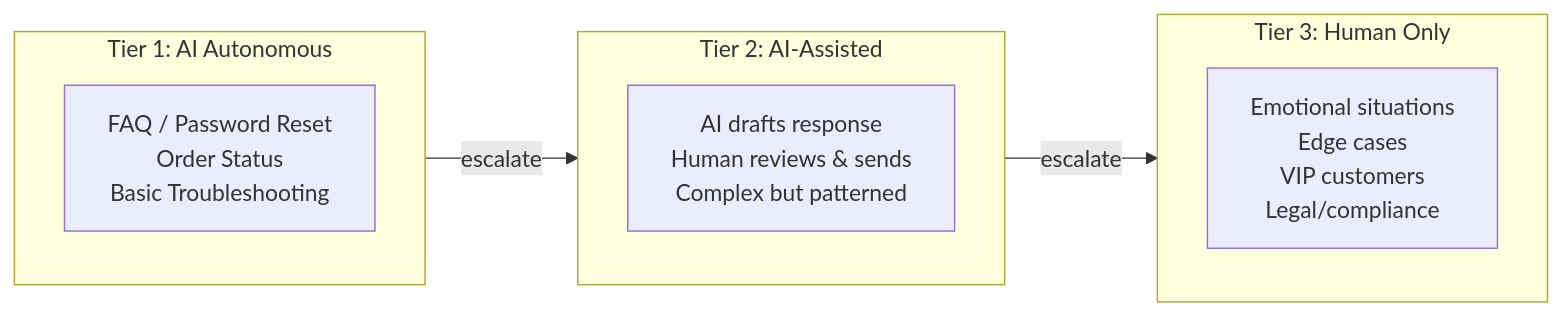
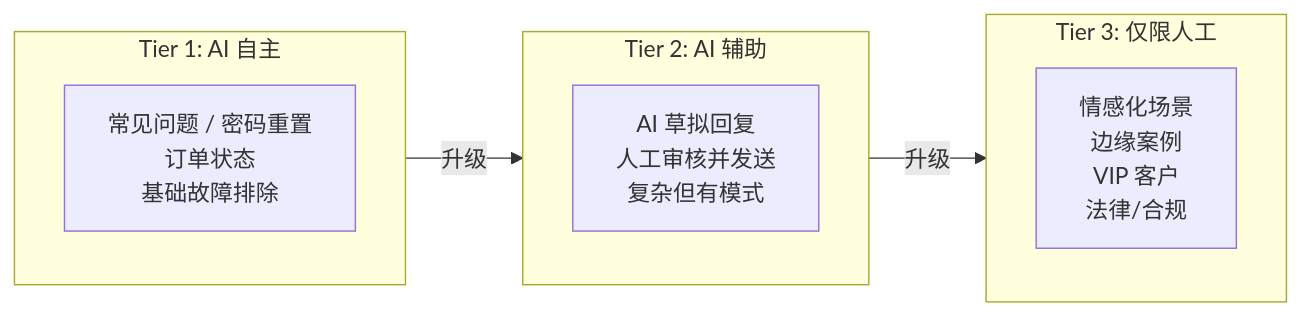
The second of 2 diagrams in i18n/zh/docusaurus-plugin-content-docs/current/intro.md (stars-labs/ai-driven-customer-service), drawn with Mermaid before and after one commit. The commit also changed other lines of this file and 15 other files, not shown here.

````diff
--- a/i18n/zh/docusaurus-plugin-content-docs/current/intro.md
+++ b/i18n/zh/docusaurus-plugin-content-docs/current/intro.md
@@ -64,17 +64,17 @@
 ```mermaid
 flowchart LR
-    subgraph Tier1["Tier 1: AI Autonomous"]
-        T1[FAQ / Password Reset<br/>Order Status<br/>Basic Troubleshooting]
+    subgraph Tier1["Tier 1: AI 自主"]
+        T1[常见问题 / 密码重置<br/>订单状态<br/>基础故障排除]
     end
 
-    subgraph Tier2["Tier 2: AI-Assisted"]
-        T2[AI drafts response<br/>Human reviews & sends<br/>Complex but patterned]
+    subgraph Tier2["Tier 2: AI 辅助"]
+        T2[AI 草拟回复<br/>人工审核并发送<br/>复杂但有模式]
     end
 
-    subgraph Tier3["Tier 3: Human Only"]
-        T3[Emotional situations<br/>Edge cases<br/>VIP customers<br/>Legal/compliance]
+    subgraph Tier3["Tier 3: 仅限人工"]
+        T3[情感化场景<br/>边缘案例<br/>VIP 客户<br/>法律/合规]
     end
 
-    Tier1 -->|escalate| Tier2
-    Tier2 -->|escalate| Tier3
+    Tier1 -->|升级| Tier2
+    Tier2 -->|升级| Tier3
 ```
````
